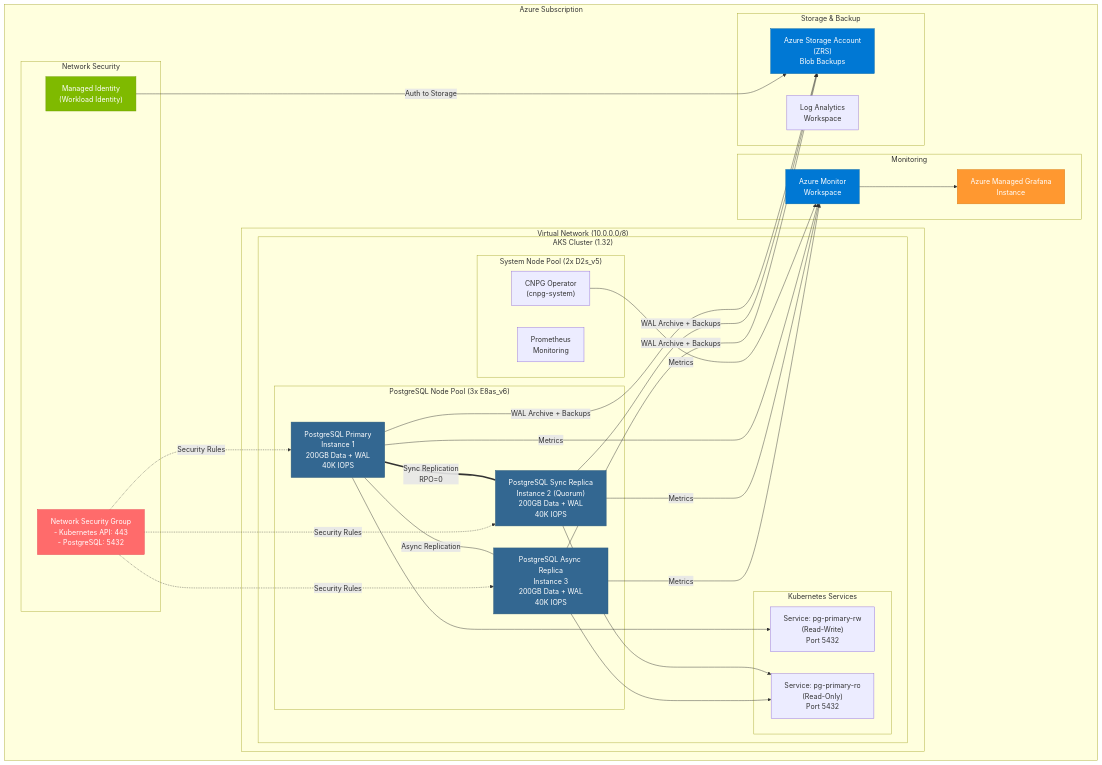
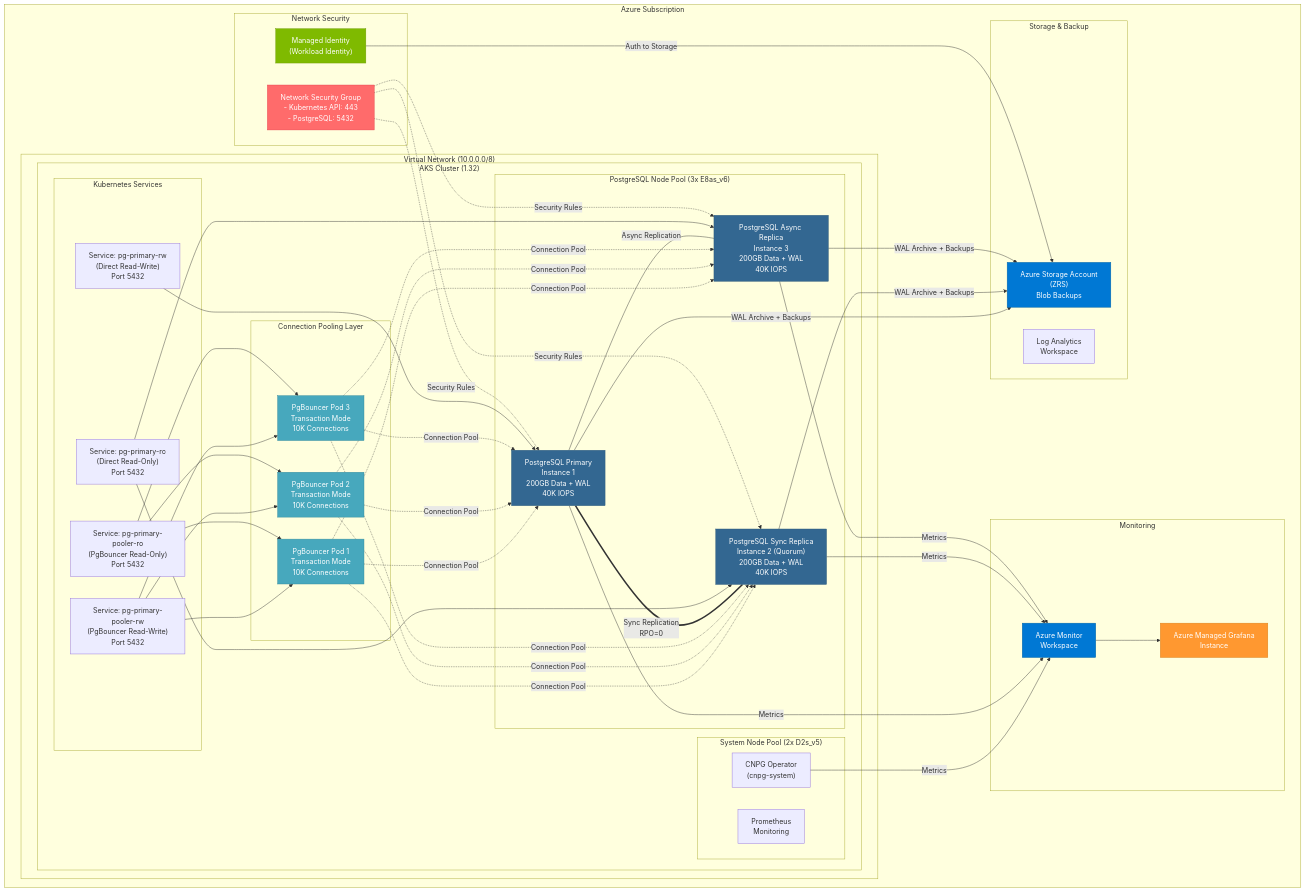
One commit to jonathan-vella/azure-postgresql-ha-aks-workshop changed the diagram in README.md. Above: the diagram before and after it, drawn with Mermaid. The commit also changed other lines of this file, not shown here.

First line of the commit message:
docs: Add comprehensive PgBouncer documentation to README

````diff
--- a/README.md
+++ b/README.md
@@ -11,60 +14,74 @@
 ```mermaid
 graph TB
     subgraph "Azure Subscription"
         subgraph "Virtual Network (10.0.0.0/8)"
             subgraph "AKS Cluster (1.32)"
                 subgraph "System Node Pool (2x D2s_v5)"
                     CNPG["CNPG Operator<br/>(cnpg-system)"]
                     INF["Prometheus<br/>Monitoring"]
                 end
                 
+                subgraph "Connection Pooling Layer"
+                    PGB1["PgBouncer Pod 1<br/>Transaction Mode<br/>10K Connections"]
+                    PGB2["PgBouncer Pod 2<br/>Transaction Mode<br/>10K Connections"]
+                    PGB3["PgBouncer Pod 3<br/>Transaction Mode<br/>10K Connections"]
+                end
+                
                 subgraph "PostgreSQL Node Pool (3x E8as_v6)"
                     PG1["PostgreSQL Primary<br/>Instance 1<br/>200GB Data + WAL<br/>40K IOPS"]
                     PG2["PostgreSQL Sync Replica<br/>Instance 2 (Quorum)<br/>200GB Data + WAL<br/>40K IOPS"]
                     PG3["PostgreSQL Async Replica<br/>Instance 3<br/>200GB Data + WAL<br/>40K IOPS"]
                 end
                 
                 subgraph "Kubernetes Services"
-                    SVC_RW["Service: pg-primary-rw<br/>(Read-Write)<br/>Port 5432"]
-                    SVC_RO["Service: pg-primary-ro<br/>(Read-Only)<br/>Port 5432"]
+                    SVC_POOL_RW["Service: pg-primary-pooler-rw<br/>(PgBouncer Read-Write)<br/>Port 5432"]
+                    SVC_POOL_RO["Service: pg-primary-pooler-ro<br/>(PgBouncer Read-Only)<br/>Port 5432"]
+                    SVC_RW["Service: pg-primary-rw<br/>(Direct Read-Write)<br/>Port 5432"]
+                    SVC_RO["Service: pg-primary-ro<br/>(Direct Read-Only)<br/>Port 5432"]
                 end
             end
             
+            SVC_POOL_RW --> PGB1 & PGB2 & PGB3
+            SVC_POOL_RO --> PGB1 & PGB2 & PGB3
+            PGB1 & PGB2 & PGB3 -.->|Connection Pool| PG1
+            PGB1 & PGB2 & PGB3 -.->|Connection Pool| PG2 & PG3
             PG1 ===|Sync Replication<br/>RPO=0| PG2
             PG1 ---|Async Replication| PG3
-            PG1 --> SVC_RW
-            PG2 --> SVC_RO
-            PG3 --> SVC_RO
+            SVC_RW --> PG1
+            SVC_RO --> PG2 & PG3
         end
         
         subgraph "Storage & Backup"
             SA["Azure Storage Account<br/>(ZRS)<br/>Blob Backups"]
             LA["Log Analytics<br/>Workspace"]
         end
         
         subgraph "Monitoring"
             GRAF["Azure Managed Grafana<br/>Instance"]
             AMW["Azure Monitor<br/>Workspace"]
         end
         
         subgraph "Network Security"
             NSG["Network Security Group<br/>- Kubernetes API: 443<br/>- PostgreSQL: 5432"]
             MI["Managed Identity<br/>(Workload Identity)"]
         end
         
         PG1 & PG2 & PG3 -->|WAL Archive + Backups| SA
         CNPG & PG1 & PG2 & PG3 -->|Metrics| AMW
         AMW --> GRAF
         MI -->|Auth to Storage| SA
         NSG -.->|Security Rules| PG1 & PG2 & PG3
     end
     
     style PG1 fill:#336791,stroke:#2d5a7b,color:#fff
     style PG2 fill:#336791,stroke:#2d5a7b,color:#fff
     style PG3 fill:#336791,stroke:#2d5a7b,color:#fff
+    style PGB1 fill:#47a8bd,stroke:#358a9c,color:#fff
+    style PGB2 fill:#47a8bd,stroke:#358a9c,color:#fff
+    style PGB3 fill:#47a8bd,stroke:#358a9c,color:#fff
     style SA fill:#0078d4,stroke:#0062a3,color:#fff
     style GRAF fill:#ff9830,stroke:#d67f1a,color:#fff
     style AMW fill:#0078d4,stroke:#0062a3,color:#fff
     style MI fill:#7fba00,stroke:#6d9b00,color:#fff
     style NSG fill:#ff6b6b,stroke:#e63946,color:#fff
 ```
````
